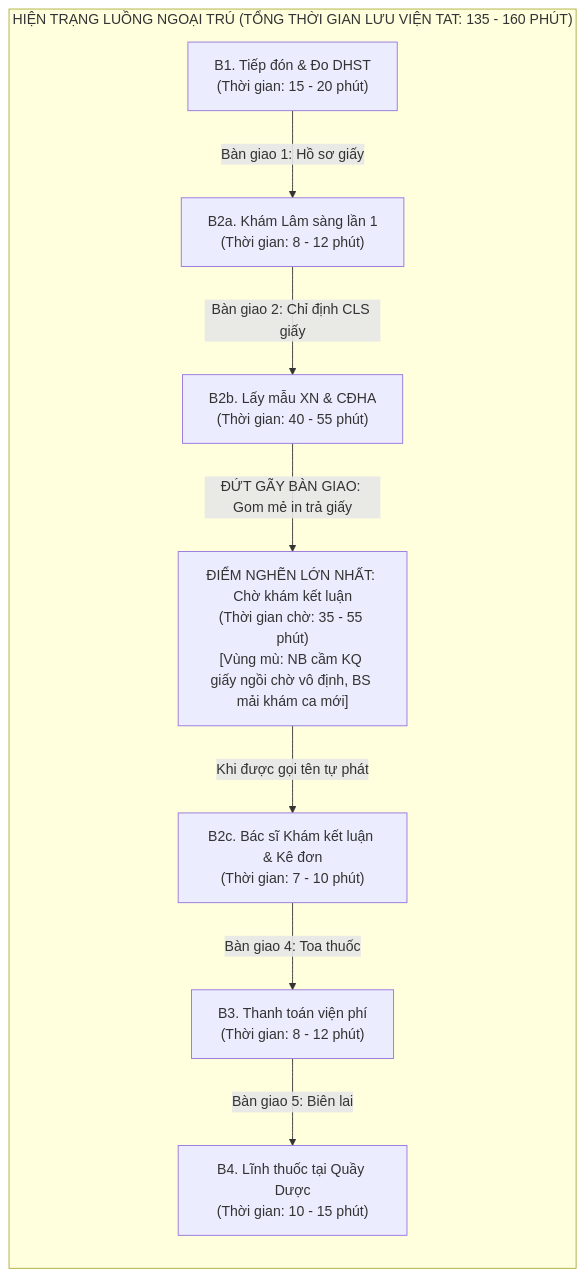
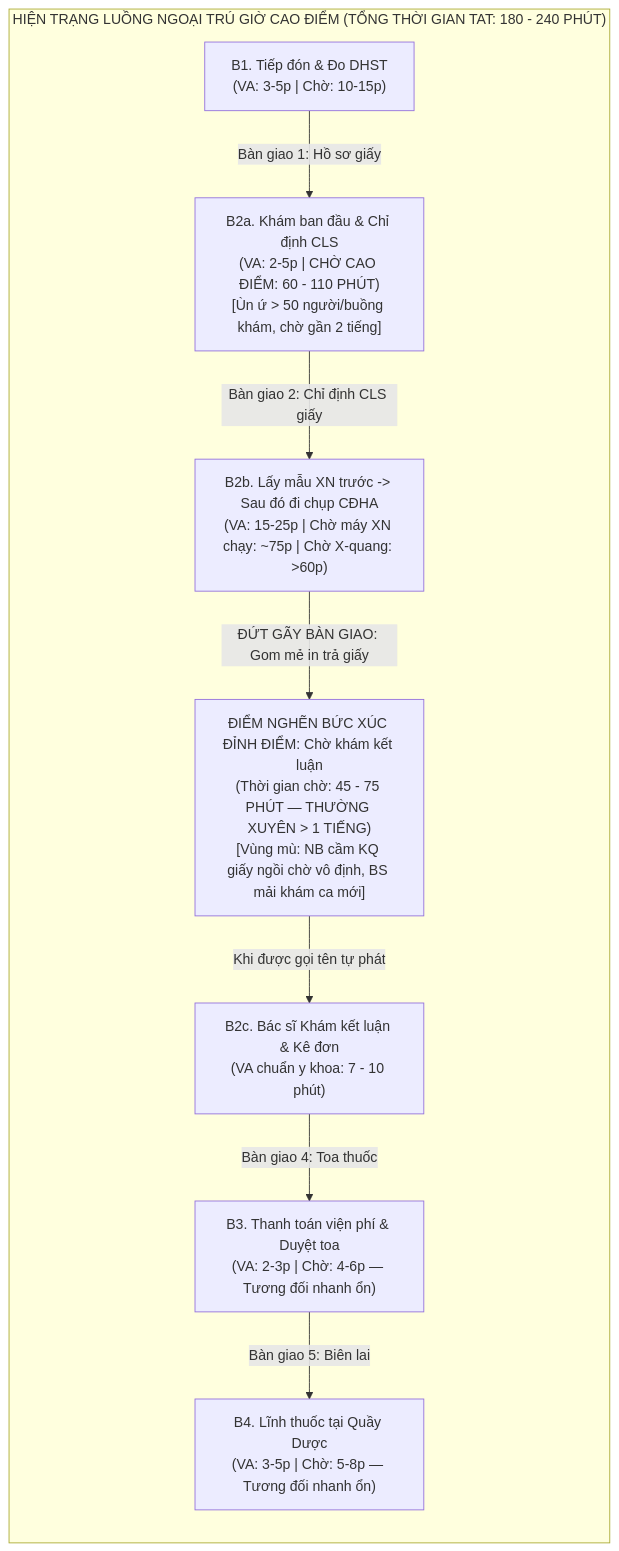
The first of 2 diagrams in cs3/DE_AN_1_TOI_UU_THOI_GIAN_CHO_NGOAI_TRU_M01_M04.md (cmubeta2/fmft-nhom8-thanhvumedic), drawn with Mermaid before and after one commit. The commit also changed other lines of this file and 1 other file, not shown here.

````diff
--- a/cs3/DE_AN_1_TOI_UU_THOI_GIAN_CHO_NGOAI_TRU_M01_M04.md
+++ b/cs3/DE_AN_1_TOI_UU_THOI_GIAN_CHO_NGOAI_TRU_M01_M04.md
@@ -63,12 +63,12 @@
 ```mermaid
 flowchart TD
-    subgraph AS_IS["HIỆN TRẠNG LUỒNG NGOẠI TRÚ (TỔNG THỜI GIAN LƯU VIỆN TAT: 135 - 160 PHÚT)"]
+    subgraph AS_IS["HIỆN TRẠNG LUỒNG NGOẠI TRÚ GIỜ CAO ĐIỂM (TỔNG THỜI GIAN TAT: 180 - 240 PHÚT)"]
         direction TB
-        B1["B1. Tiếp đón & Đo DHST\n(Thời gian: 15 - 20 phút)"] -->|Bàn giao 1: Hồ sơ giấy| B2a["B2a. Khám Lâm sàng lần 1\n(Thời gian: 8 - 12 phút)"]
-        B2a -->|Bàn giao 2: Chỉ định CLS giấy| B2b["B2b. Lấy mẫu XN & CĐHA\n(Thời gian: 40 - 55 phút)"]
-        B2b -->|ĐỨT GÃY BÀN GIAO: Gom mẻ in trả giấy| B2c_wait["ĐIỂM NGHẼN LỚN NHẤT: Chờ khám kết luận\n(Thời gian chờ: 35 - 55 phút)\n[Vùng mù: NB cầm KQ giấy ngồi chờ vô định, BS mải khám ca mới]"]
-        B2c_wait -->|Khi được gọi tên tự phát| B2c_act["B2c. Bác sĩ Khám kết luận & Kê đơn\n(Thời gian: 7 - 10 phút)"]
-        B2c_act -->|Bàn giao 4: Toa thuốc| B3["B3. Thanh toán viện phí\n(Thời gian: 8 - 12 phút)"]
-        B3 -->|Bàn giao 5: Biên lai| B4["B4. Lĩnh thuốc tại Quầy Dược\n(Thời gian: 10 - 15 phút)"]
+        B1["B1. Tiếp đón & Đo DHST\n(VA: 3-5p | Chờ: 10-15p)"] -->|Bàn giao 1: Hồ sơ giấy| B2a["B2a. Khám ban đầu & Chỉ định CLS\n(VA: 2-5p | CHỜ CAO ĐIỂM: 60 - 110 PHÚT)\n[Ùn ứ > 50 người/buồng khám, chờ gần 2 tiếng]"]
+        B2a -->|Bàn giao 2: Chỉ định CLS giấy| B2b["B2b. Lấy mẫu XN trước -> Sau đó đi chụp CĐHA\n(VA: 15-25p | Chờ máy XN chạy: ~75p | Chờ X-quang: >60p)"]
+        B2b -->|ĐỨT GÃY BÀN GIAO: Gom mẻ in trả giấy| B2c_wait["ĐIỂM NGHẼN BỨC XÚC ĐỈNH ĐIỂM: Chờ khám kết luận\n(Thời gian chờ: 45 - 75 PHÚT — THƯỜNG XUYÊN > 1 TIẾNG)\n[Vùng mù: NB cầm KQ giấy ngồi chờ vô định, BS mải khám ca mới]"]
+        B2c_wait -->|Khi được gọi tên tự phát| B2c_act["B2c. Bác sĩ Khám kết luận & Kê đơn\n(VA chuẩn y khoa: 7 - 10 phút)"]
+        B2c_act -->|Bàn giao 4: Toa thuốc| B3["B3. Thanh toán viện phí & Duyệt toa\n(VA: 2-3p | Chờ: 4-6p — Tương đối nhanh ổn)"]
+        B3 -->|Bàn giao 5: Biên lai| B4["B4. Lĩnh thuốc tại Quầy Dược\n(VA: 3-5p | Chờ: 5-8p — Tương đối nhanh ổn)"]
     end
 ```
````
